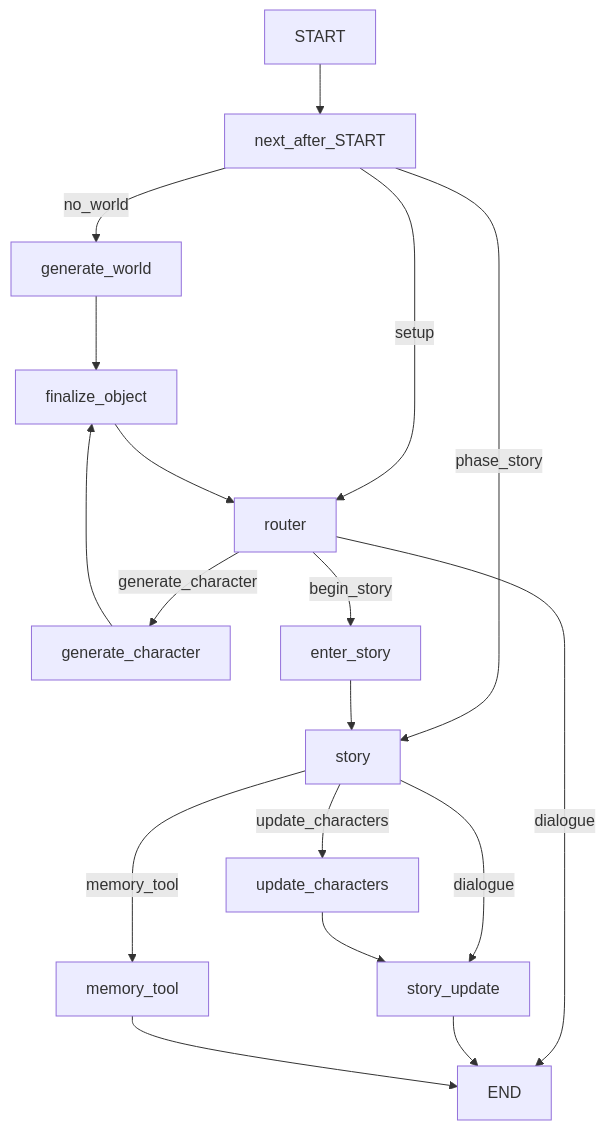
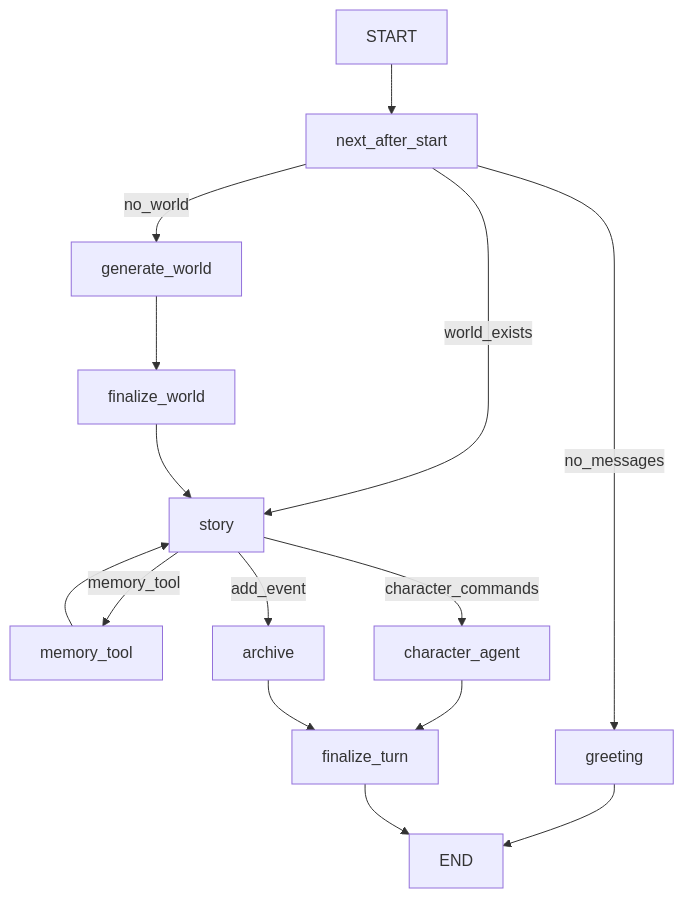
One commit to mary-el/storyteLLer changed the first of 2 diagrams in README.md. Above: the diagram before and after it, drawn with Mermaid. The commit also changed other lines of this file and 12 other files, not shown here.

Commit message:
feat: Introduce CharacterAgent for on-demand character creation and updates, enhancing narrative interactivity and state management

````diff
--- a/README.md
+++ b/README.md
@@ -99,20 +100,17 @@
 ```mermaid
 flowchart TD
-  START --> nextStart[next_after_START]
+  START --> nextStart[next_after_start]
+  nextStart -->|no_messages| greeting
   nextStart -->|no_world| generate_world
-  nextStart -->|setup| router
-  nextStart -->|phase_story| story
-  generate_world --> finalize_object
-  generate_character --> finalize_object
-  finalize_object --> router
-  router -->|generate_character| generate_character
-  router -->|begin_story| enter_story
-  router -->|dialogue| END
-  enter_story --> story
+  nextStart -->|world_exists| story
+  generate_world --> finalize_world
+  finalize_world --> story
+  greeting --> END
   story -->|memory_tool| memory_tool
-  story -->|dialogue| story_update
-  story -->|update_characters| update_characters
-  update_characters --> story_update
-  story_update --> END
-  memory_tool --> END
+  story -->|character_commands| character_agent
+  story -->|add_event| archive
+  memory_tool --> story
+  character_agent --> finalize_turn
+  archive --> finalize_turn
+  finalize_turn --> END
 ```
````
